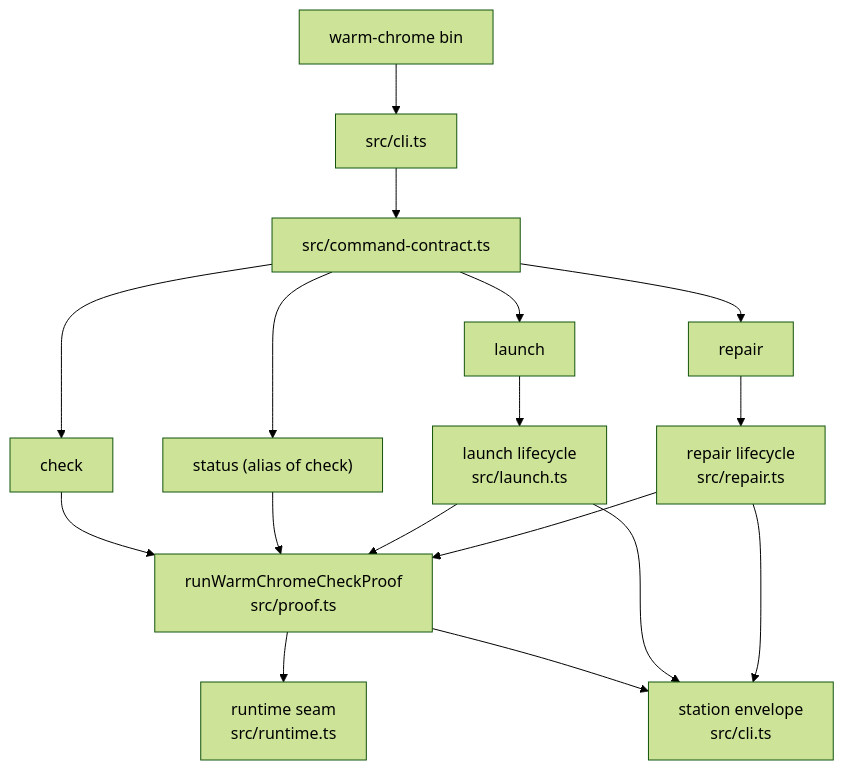
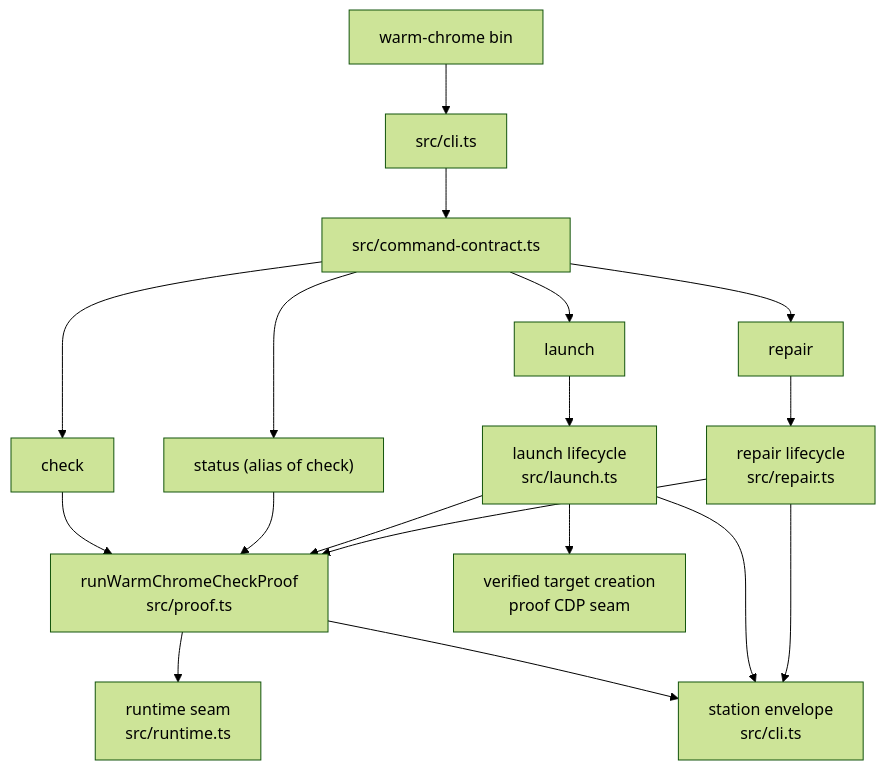
The first of 2 diagrams in runtime/warm-chrome/ARCHITECTURE.md (nathanvale/claude-code-config), drawn with Mermaid (forest theme) before and after one commit. The commit also changed other lines of this file and 37 other files, not shown here.

````diff
--- a/runtime/warm-chrome/ARCHITECTURE.md
+++ b/runtime/warm-chrome/ARCHITECTURE.md
@@ -46,19 +55,20 @@
 ```mermaid
 flowchart TD
   Bin["warm-chrome bin"] --> Cli["src/cli.ts"]
   Cli --> Contract["src/command-contract.ts"]
   Contract --> Check["check"]
   Contract --> Status["status (alias of check)"]
   Contract --> Launch["launch"]
   Contract --> Repair["repair"]
   Check --> Proof["runWarmChromeCheckProof<br/>src/proof.ts"]
   Status --> Proof
   Launch --> LaunchLifecycle["launch lifecycle<br/>src/launch.ts"]
   Repair --> RepairLifecycle["repair lifecycle<br/>src/repair.ts"]
   LaunchLifecycle --> Proof
+  LaunchLifecycle --> Open["verified target creation<br/>proof CDP seam"]
   RepairLifecycle --> Proof
   Proof --> Seam["runtime seam<br/>src/runtime.ts"]
   Proof --> Envelope["station envelope<br/>src/cli.ts"]
   LaunchLifecycle --> Envelope
   RepairLifecycle --> Envelope
 ```
````
